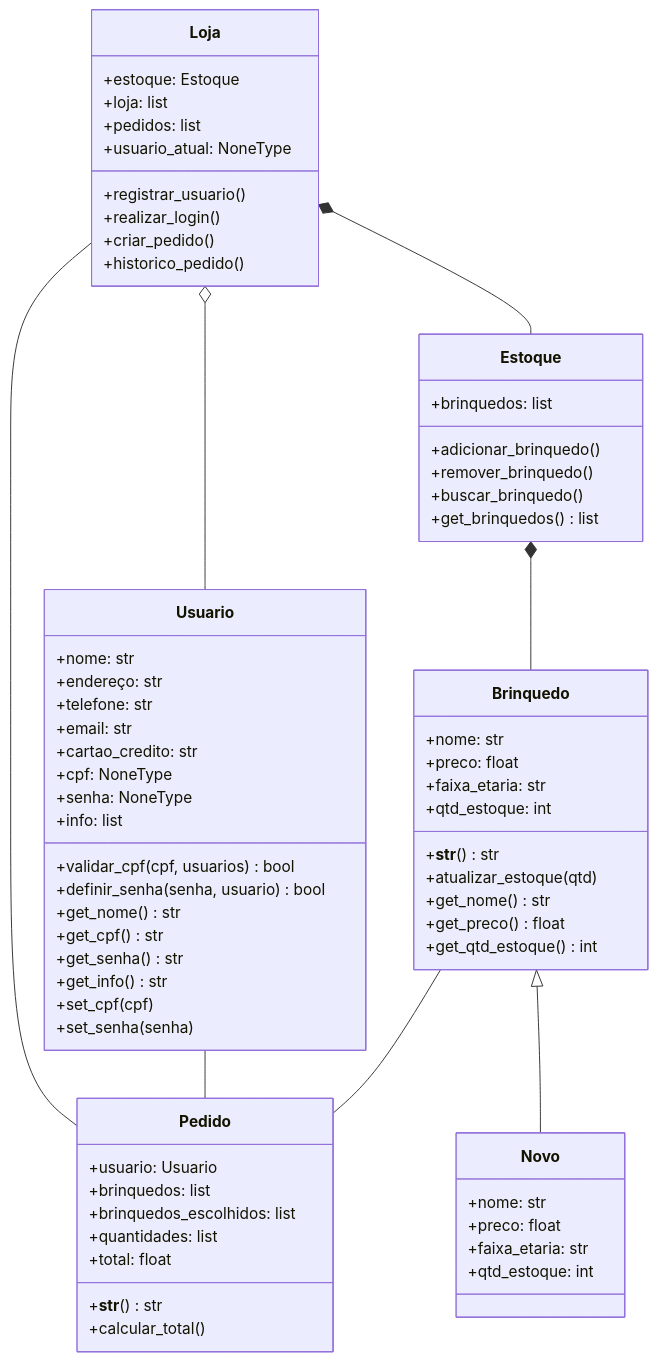
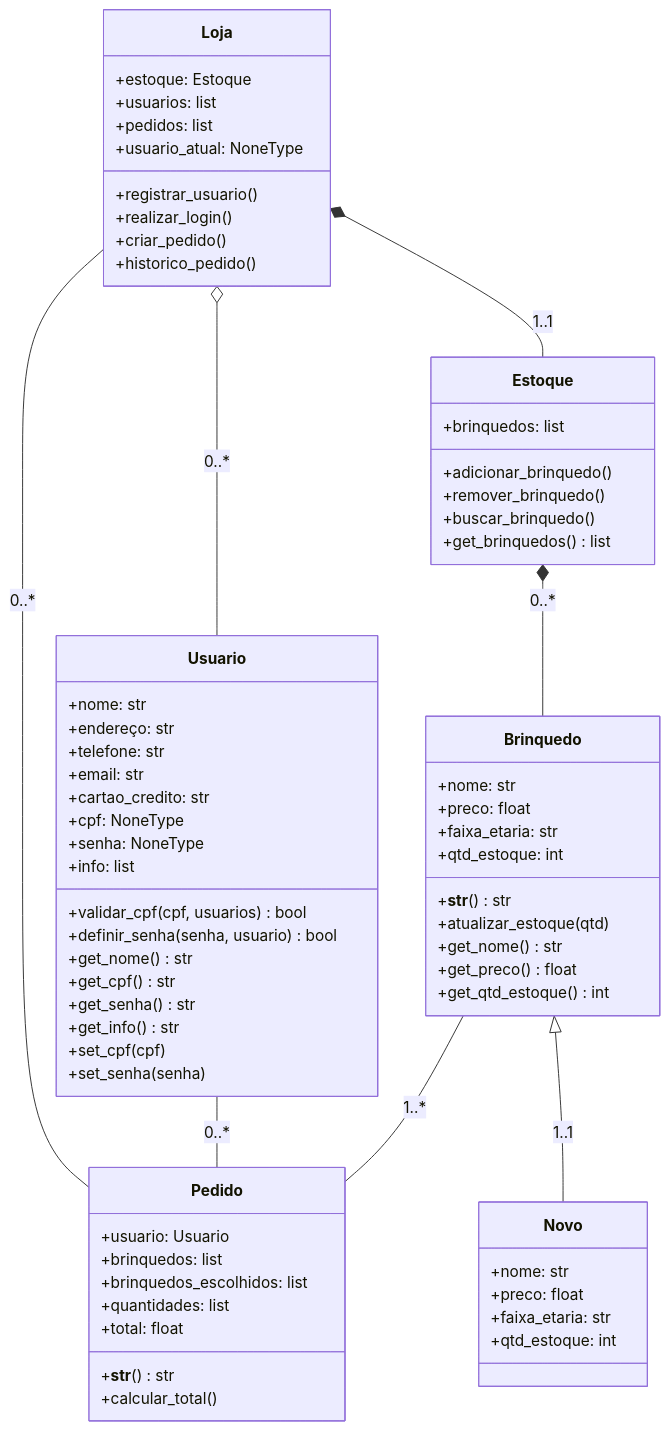
Before and after one commit to Bluesy18/INE5404: the diagram in README.md, drawn with Mermaid.

````diff
--- a/README.md
+++ b/README.md
@@ -6,79 +6,80 @@
 ```mermaid
 classDiagram
     class Loja {
         +estoque: Estoque 
-        +loja: list
+        +usuarios: list
         +pedidos: list
         +usuario_atual: NoneType 
         +registrar_usuario()
         +realizar_login()
         +criar_pedido()
         +historico_pedido()
     }
 
     class Estoque {
         +brinquedos: list
         +adicionar_brinquedo()
         +remover_brinquedo()
         +buscar_brinquedo()
         +get_brinquedos() list
     }
 
     class Usuario {
         +nome: str
         +endereço: str
         +telefone: str
         +email: str
         +cartao_credito: str
         +cpf: NoneType
         +senha: NoneType
         +info: list
         +validar_cpf(cpf, usuarios) bool
         +definir_senha(senha, usuario) bool
         +get_nome() str
         +get_cpf() str
         +get_senha() str
         +get_info() str
         +set_cpf(cpf)
         +set_senha(senha)
     }
 
     class Brinquedo {
         +nome: str
         +preco: float
         +faixa_etaria: str
         +qtd_estoque: int
         +__str__()str
         +atualizar_estoque(qtd)
         +get_nome() str
         +get_preco() float
         +get_qtd_estoque() int
 
     }
 
     class Pedido {
         +usuario: Usuario
         +brinquedos: list
         +brinquedos_escolhidos: list
         +quantidades: list
         +total: float
         +__str__() str
         +calcular_total()
     }
 
     class Novo {
         +nome: str
         +preco: float
         +faixa_etaria: str
         +qtd_estoque: int
     }
 
     %% Relationships
-    Loja o-- Usuario : 
-    Loja *-- Estoque : 
-    Loja -- Pedido : 
-    Estoque *-- Brinquedo : 
-    Usuario -- Pedido : 
-    Brinquedo -- Pedido : 
-    Brinquedo <|-- Novo : 
+    Loja o-- Usuario : 0..*
+    Loja *-- Estoque : 1..1
+    Loja -- Pedido : 0..*
+    Estoque *-- Brinquedo : 0..* 
+    Usuario -- Pedido : 0..*
+    Brinquedo -- Pedido : 1..*
+    Brinquedo <|-- Novo : 1..1
+
 ```
````
